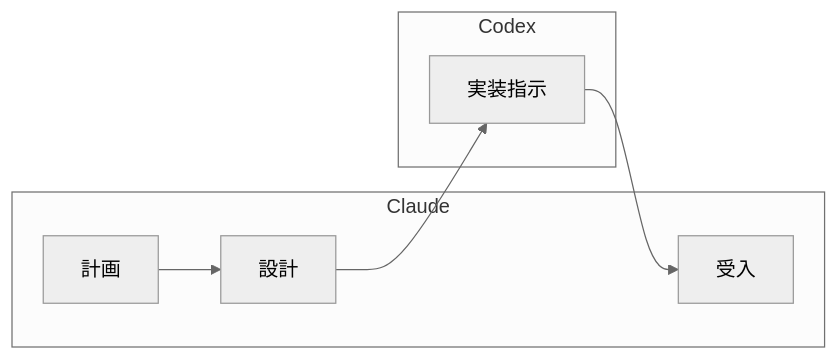
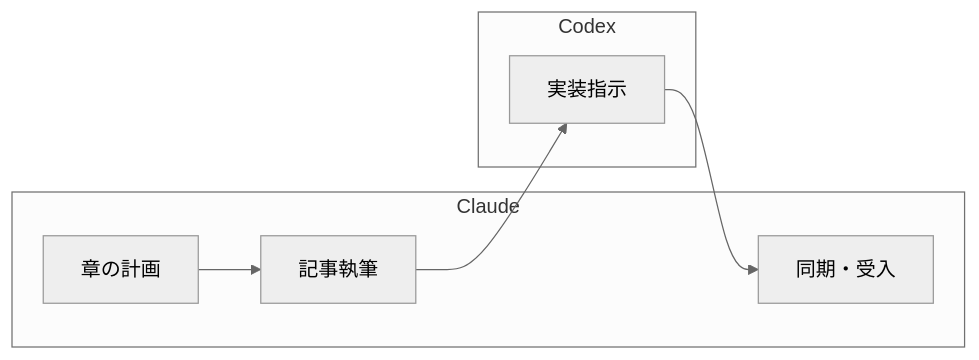
The second of 2 diagrams in .claude/skills/orchestrating-development/SKILL.md (k2works/getting-started-tdd), drawn with Mermaid (neutral theme) before and after one commit. The commit also changed other lines of this file, not shown here.

````diff
--- a/.claude/skills/orchestrating-development/SKILL.md
+++ b/.claude/skills/orchestrating-development/SKILL.md
@@ -94,16 +212,16 @@
 ```mermaid
 graph LR
-    A[計画] --> B[設計]
+    A[章の計画] --> B[記事執筆]
     B --> C[実装指示]
-    C --> D[受入]
+    C --> D[同期・受入]
 
     subgraph Claude
     A
     B
     D
     end
 
     subgraph Codex
     C
     end
 ```
````
